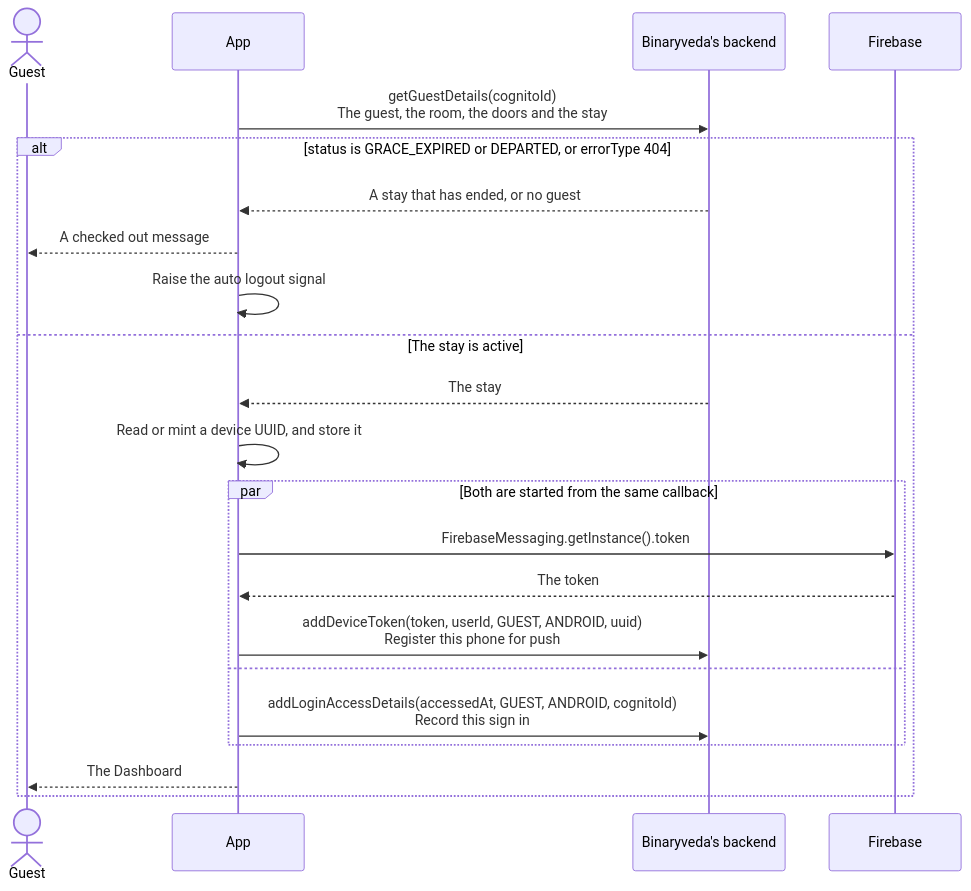
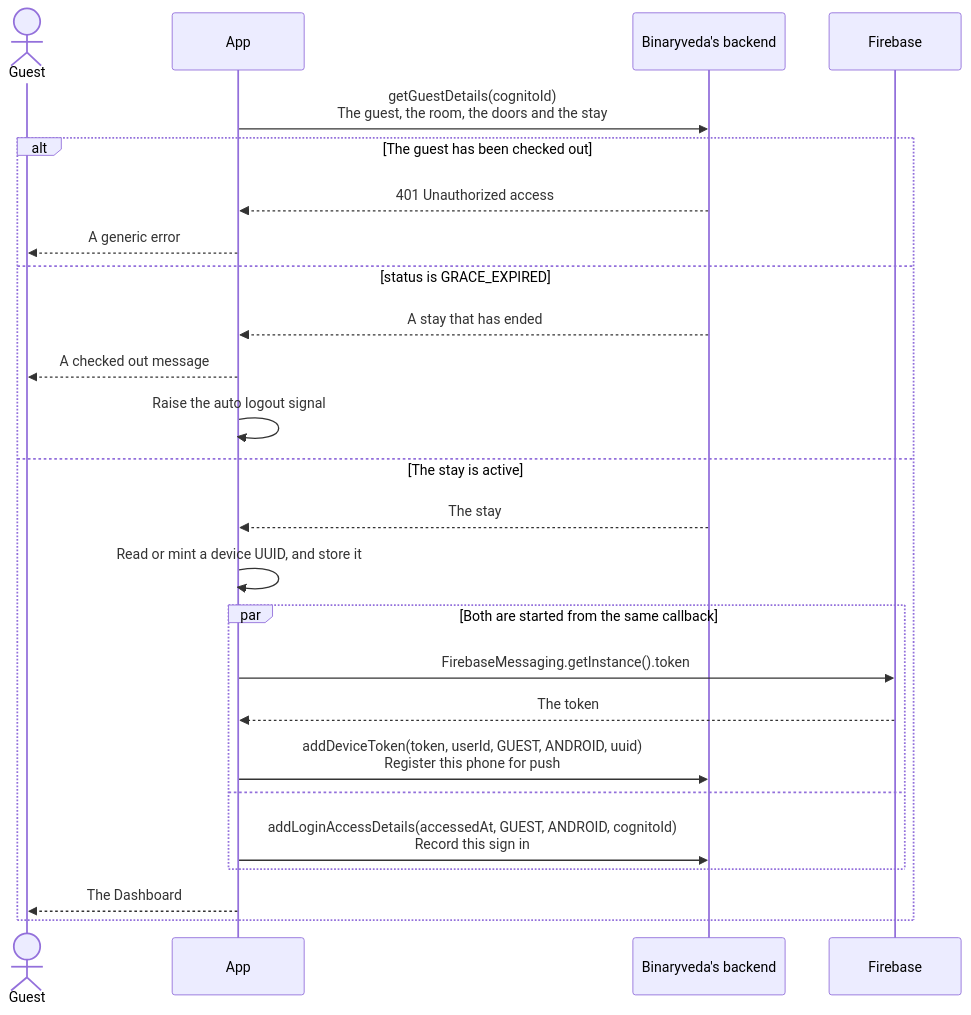
Before and after one commit to Yash-Wadatkar-Binaryveda/sdk-docs-site: the seventh of 11 diagrams in docs/guest/user-onboarding.md, drawn with Mermaid. The commit also changed other lines of this file and 10 other files, not shown here.

````diff
--- a/docs/guest/user-onboarding.md
+++ b/docs/guest/user-onboarding.md
@@ -269,25 +275,28 @@
     ```mermaid
     sequenceDiagram
         actor G as Guest
         participant A as App
         participant B as Binaryveda's backend
         participant F as Firebase
 
         A->>B: getGuestDetails(cognitoId)<br/>The guest, the room, the doors and the stay
-        alt status is GRACE_EXPIRED or DEPARTED, or errorType 404
-            B-->>A: A stay that has ended, or no guest
+        alt The guest has been checked out
+            B-->>A: 401 Unauthorized access
+            A-->>G: A generic error
+        else status is GRACE_EXPIRED
+            B-->>A: A stay that has ended
             A-->>G: A checked out message
             A->>A: Raise the auto logout signal
         else The stay is active
             B-->>A: The stay
             A->>A: Read or mint a device UUID, and store it
             par Both are started from the same callback
                 A->>F: FirebaseMessaging.getInstance().token
                 F-->>A: The token
                 A->>B: addDeviceToken(token, userId, GUEST, ANDROID, uuid)<br/>Register this phone for push
             and
                 A->>B: addLoginAccessDetails(accessedAt, GUEST, ANDROID, cognitoId)<br/>Record this sign in
             end
             A-->>G: The Dashboard
         end
     ```
````
